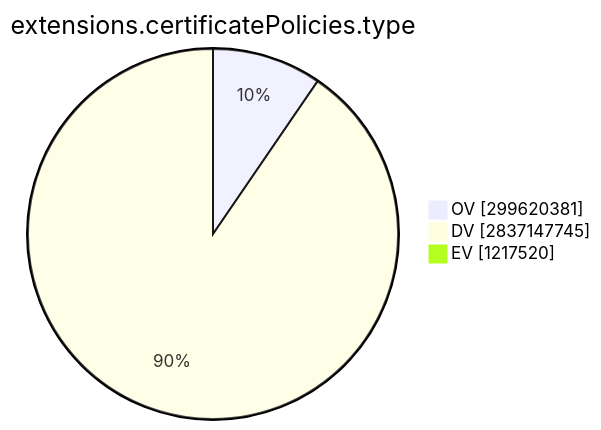
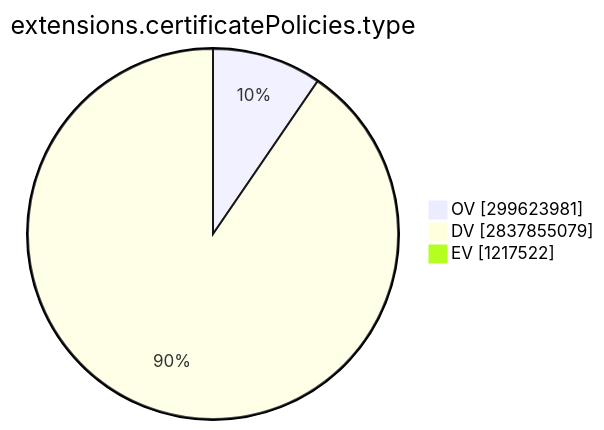
Before and after one commit to christiankrug/ctmonitor_visualization: the ninth of 15 diagrams in TOTAL/README.md, drawn with Mermaid. The commit also changed other lines of this file, not shown here.

````diff
--- a/TOTAL/README.md
+++ b/TOTAL/README.md
@@ -3101,7 +3101,7 @@
 ```mermaid
 pie showData
 title extensions.certificatePolicies.type
-"OV" :299620381
-"DV" :2837147745
-"EV" :1217520
+"OV" :299623981
+"DV" :2837855079
+"EV" :1217522
 ```
````
